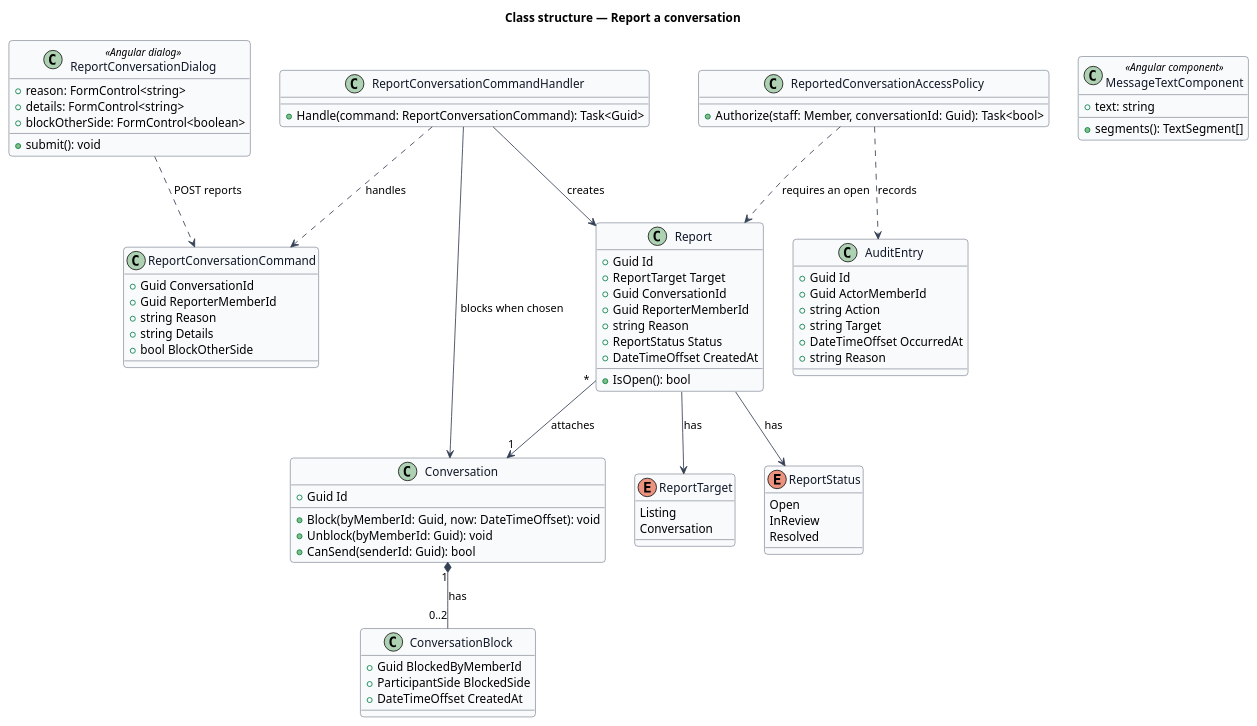
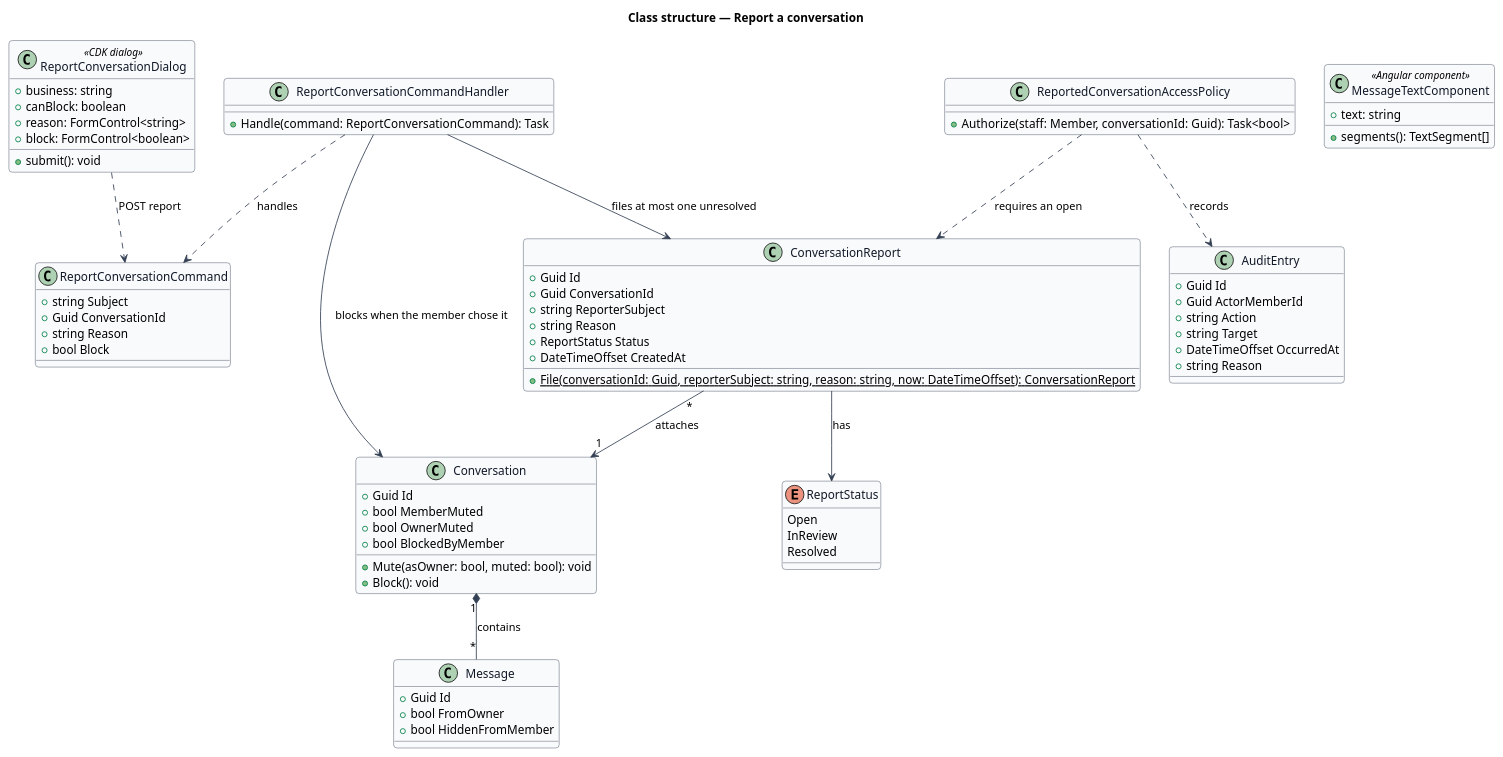
The diagram in docs/detailed-designs/messaging/report-conversation/diagrams/class-structure.puml (QuinntyneBrown/jubilee), drawn with PlantUML before and after one commit. The commit also changed 106 other files, not shown here.

```diff
--- a/docs/detailed-designs/messaging/report-conversation/diagrams/class-structure.puml
+++ b/docs/detailed-designs/messaging/report-conversation/diagrams/class-structure.puml
@@ -1,88 +1,84 @@
 @startuml
 ' --- shared skin header ---
 skinparam backgroundColor #FFFFFF
 skinparam shadowing false
 skinparam roundcorner 8
 skinparam defaultFontName Arial
 skinparam ArrowColor #344054
 skinparam class {
   BorderColor #344054
   FontColor #101828
   BackgroundColor #F9FAFB
 }
 ' --------------------------
 title Class structure — Report a conversation
 
-class ReportConversationDialog <<Angular dialog>> {
+class ReportConversationDialog <<CDK dialog>> {
+  +business: string
+  +canBlock: boolean
   +reason: FormControl<string>
-  +details: FormControl<string>
-  +blockOtherSide: FormControl<boolean>
+  +block: FormControl<boolean>
   +submit(): void
 }
 class MessageTextComponent <<Angular component>> {
   +text: string
   +segments(): TextSegment[]
 }
 class ReportConversationCommand {
+  +string Subject
   +Guid ConversationId
-  +Guid ReporterMemberId
   +string Reason
-  +string Details
-  +bool BlockOtherSide
+  +bool Block
 }
 class ReportConversationCommandHandler {
-  +Handle(command: ReportConversationCommand): Task<Guid>
+  +Handle(command: ReportConversationCommand): Task
 }
-class Report {
+class ConversationReport {
   +Guid Id
-  +ReportTarget Target
   +Guid ConversationId
-  +Guid ReporterMemberId
+  +string ReporterSubject
   +string Reason
   +ReportStatus Status
   +DateTimeOffset CreatedAt
-  +IsOpen(): bool
-}
-enum ReportTarget {
-  Listing
-  Conversation
+  +{static} File(conversationId: Guid, reporterSubject: string, reason: string, now: DateTimeOffset): ConversationReport
 }
 enum ReportStatus {
   Open
   InReview
   Resolved
 }
 class Conversation {
   +Guid Id
-  +Block(byMemberId: Guid, now: DateTimeOffset): void
-  +Unblock(byMemberId: Guid): void
-  +CanSend(senderId: Guid): bool
+  +bool MemberMuted
+  +bool OwnerMuted
+  +bool BlockedByMember
+  +Mute(asOwner: bool, muted: bool): void
+  +Block(): void
 }
-class ConversationBlock {
-  +Guid BlockedByMemberId
-  +ParticipantSide BlockedSide
-  +DateTimeOffset CreatedAt
+class Message {
+  +Guid Id
+  +bool FromOwner
+  +bool HiddenFromMember
 }
 class ReportedConversationAccessPolicy {
   +Authorize(staff: Member, conversationId: Guid): Task<bool>
 }
 class AuditEntry {
   +Guid Id
   +Guid ActorMemberId
   +string Action
   +string Target
   +DateTimeOffset OccurredAt
   +string Reason
 }
 
-ReportConversationDialog ..> ReportConversationCommand : POST reports
+ReportConversationDialog ..> ReportConversationCommand : POST report
 ReportConversationCommandHandler ..> ReportConversationCommand : handles
-ReportConversationCommandHandler --> Report : creates
-ReportConversationCommandHandler --> Conversation : blocks when chosen
-Report --> ReportTarget : has
-Report --> ReportStatus : has
-Report "*" --> "1" Conversation : attaches
-Conversation "1" *-- "0..2" ConversationBlock : has
-ReportedConversationAccessPolicy ..> Report : requires an open
+ReportConversationCommandHandler --> ConversationReport : files at most one unresolved
+ReportConversationCommandHandler --> Conversation : blocks when the member chose it
+ConversationReport --> ReportStatus : has
+ConversationReport "*" --> "1" Conversation : attaches
+Conversation "1" *-- "*" Message : contains
+ReportedConversationAccessPolicy ..> ConversationReport : requires an open
 ReportedConversationAccessPolicy ..> AuditEntry : records
 @enduml
```
